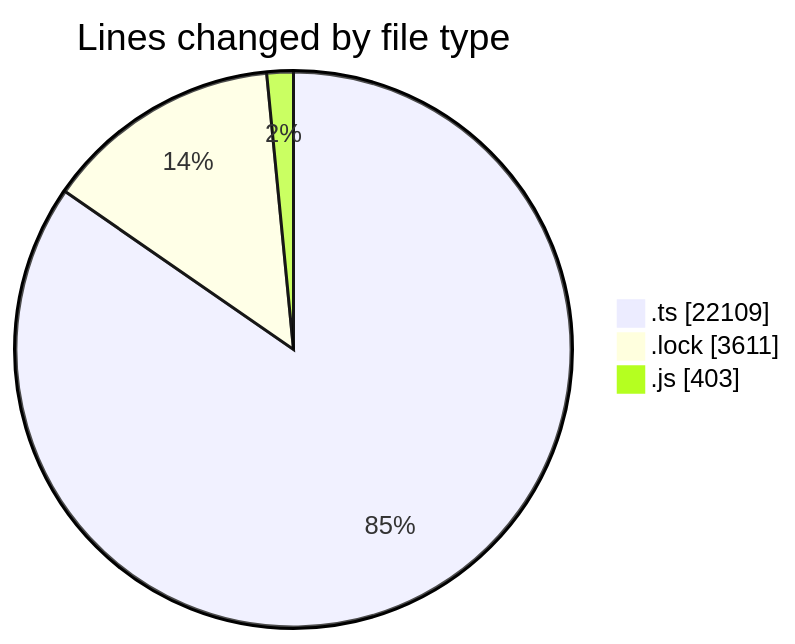
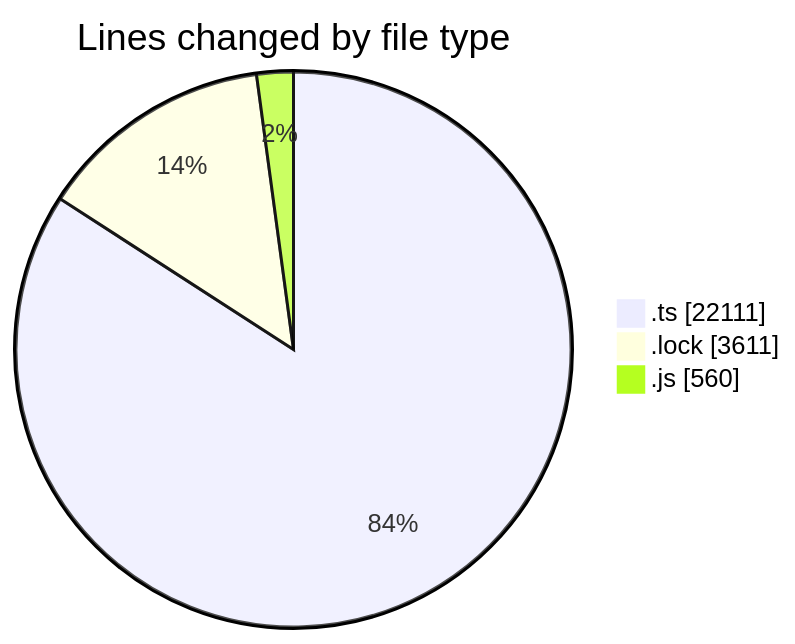
Before and after one commit to momahboobian/code-tracking: the first of 2 diagrams in 2025-05-30/cda/README.md, drawn with Mermaid. The commit also changed other lines of this file and 1 other file, not shown here.

````diff
--- a/2025-05-30/cda/README.md
+++ b/2025-05-30/cda/README.md
@@ -31,7 +32,7 @@
 ```mermaid
 pie showData
 title Lines changed by file type
-".ts" : 22109
+".ts" : 22111
 ".lock" : 3611
-".js" : 403
+".js" : 560
 ```
````
